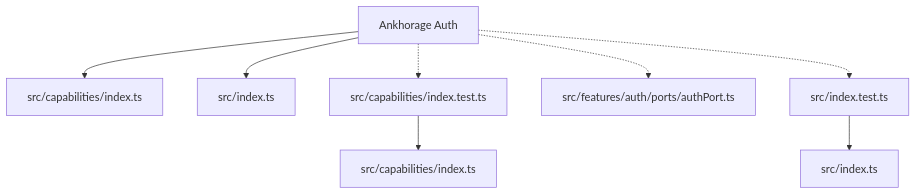
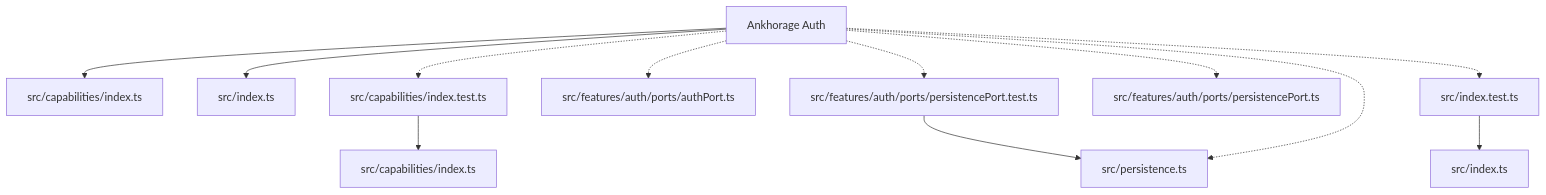
The diagram in paradox/diagrams/architecture-overview.mmd (ankhorage/auth), drawn with Mermaid before and after one commit. The commit also changed 13 other files, not shown here.

```diff
--- a/paradox/diagrams/architecture-overview.mmd
+++ b/paradox/diagrams/architecture-overview.mmd
@@ -1,16 +1,23 @@
 graph TD
   package__ankhorage_auth["Ankhorage Auth"]
   entrypoint_src_capabilities_index_ts["src/capabilities/index.ts"]
   package__ankhorage_auth --> entrypoint_src_capabilities_index_ts
   entrypoint_src_index_ts["src/index.ts"]
   package__ankhorage_auth --> entrypoint_src_index_ts
   module_src_capabilities_index_test_ts["src/capabilities/index.test.ts"]
   package__ankhorage_auth -.-> module_src_capabilities_index_test_ts
   module_src_capabilities_index_test_ts --> module_src_capabilities_index_ts
   module_src_capabilities_index_ts["src/capabilities/index.ts"]
   module_src_features_auth_ports_authPort_ts["src/features/auth/ports/authPort.ts"]
   package__ankhorage_auth -.-> module_src_features_auth_ports_authPort_ts
+  module_src_features_auth_ports_persistencePort_test_ts["src/features/auth/ports/persistencePort.test.ts"]
+  package__ankhorage_auth -.-> module_src_features_auth_ports_persistencePort_test_ts
+  module_src_features_auth_ports_persistencePort_test_ts --> module_src_persistence_ts
+  module_src_features_auth_ports_persistencePort_ts["src/features/auth/ports/persistencePort.ts"]
+  package__ankhorage_auth -.-> module_src_features_auth_ports_persistencePort_ts
   module_src_index_test_ts["src/index.test.ts"]
   package__ankhorage_auth -.-> module_src_index_test_ts
   module_src_index_test_ts --> module_src_index_ts
   module_src_index_ts["src/index.ts"]
+  module_src_persistence_ts["src/persistence.ts"]
+  package__ankhorage_auth -.-> module_src_persistence_ts
```
